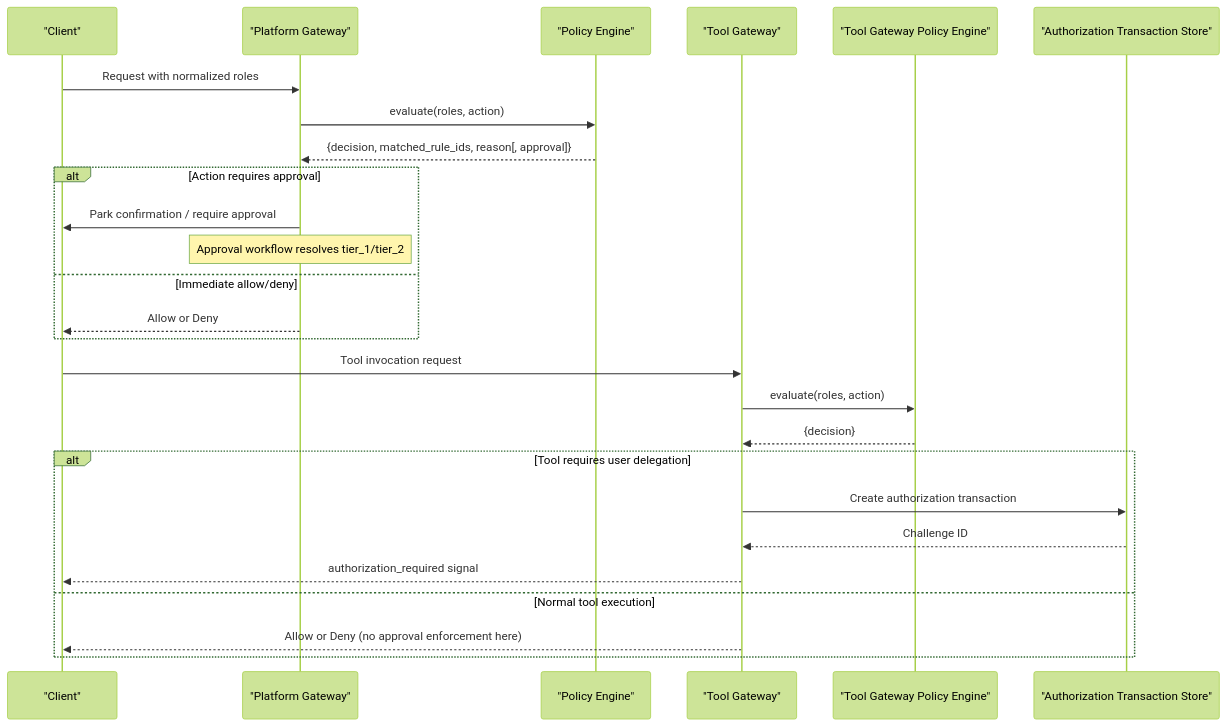
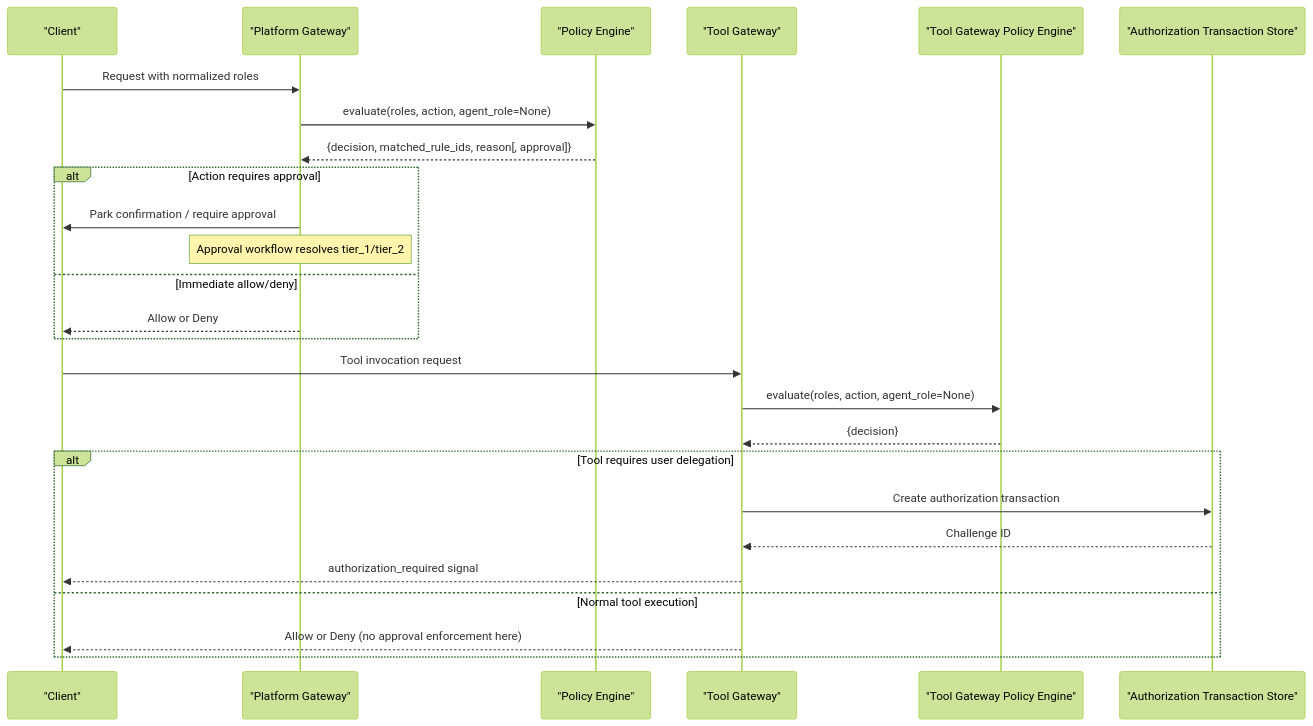
One commit to metasync/luban-aiops changed the second of 16 diagrams in .qoder/repowiki/en/content/Core Services/Platform Gateway/Policy Engine and Authorization.md. Above: the diagram before and after it, drawn with Mermaid (forest theme). The commit also changed other lines of this file and 128 other files, not shown here.

````diff
--- a/.qoder/repowiki/en/content/Core Services/Platform Gateway/Policy Engine and Authorization.md
+++ b/.qoder/repowiki/en/content/Core Services/Platform Gateway/Policy Engine and Authorization.md
@@ -135,28 +149,28 @@
 ```mermaid
 sequenceDiagram
 participant Client as "Client"
 participant PGW as "Platform Gateway"
 participant PE as "Policy Engine"
 participant TM as "Tool Gateway"
 participant TE as "Tool Gateway Policy Engine"
 participant ATX as "Authorization Transaction Store"
 Client->>PGW : Request with normalized roles
-PGW->>PE : evaluate(roles, action)
+PGW->>PE : evaluate(roles, action, agent_role=None)
 PE-->>PGW : {decision, matched_rule_ids, reason[, approval]}
 alt Action requires approval
 PGW->>Client : Park confirmation / require approval
 Note over PGW : Approval workflow resolves tier_1/tier_2
 else Immediate allow/deny
 PGW-->>Client : Allow or Deny
 end
 Client->>TM : Tool invocation request
-TM->>TE : evaluate(roles, action)
+TM->>TE : evaluate(roles, action, agent_role=None)
 TE-->>TM : {decision}
 alt Tool requires user delegation
 TM->>ATX : Create authorization transaction
 ATX-->>TM : Challenge ID
 TM-->>Client : authorization_required signal
 else Normal tool execution
 TM-->>Client : Allow or Deny (no approval enforcement here)
 end
 ```
````
